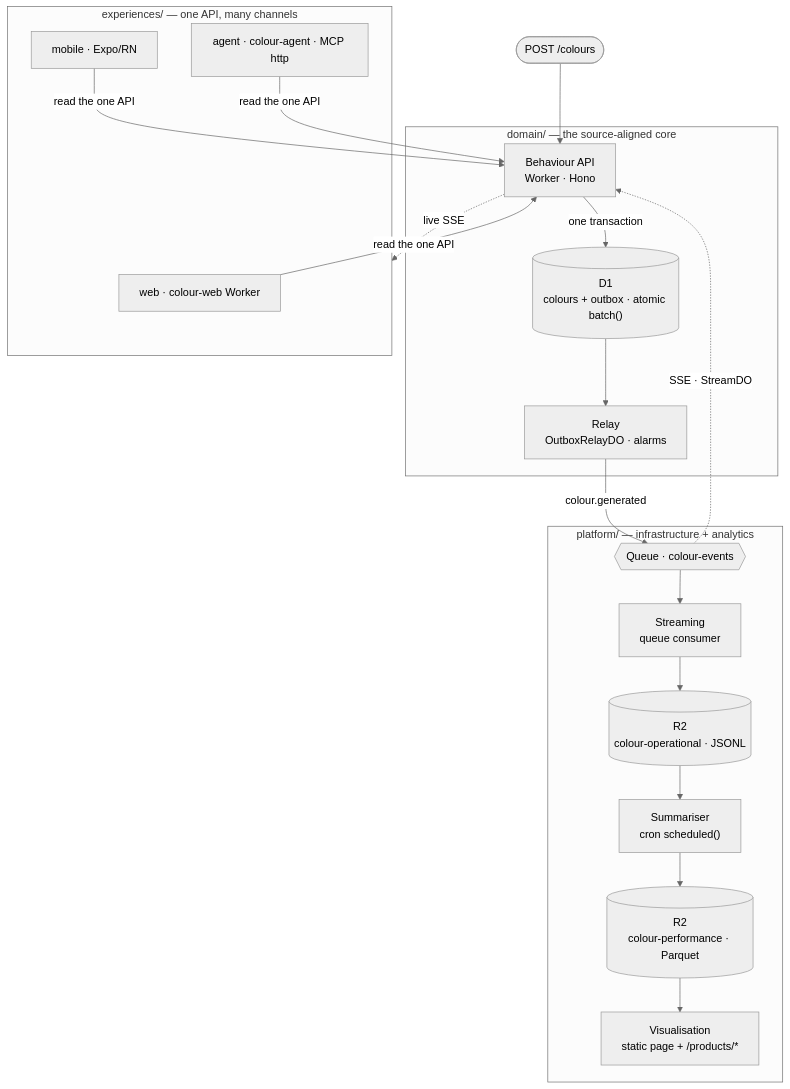
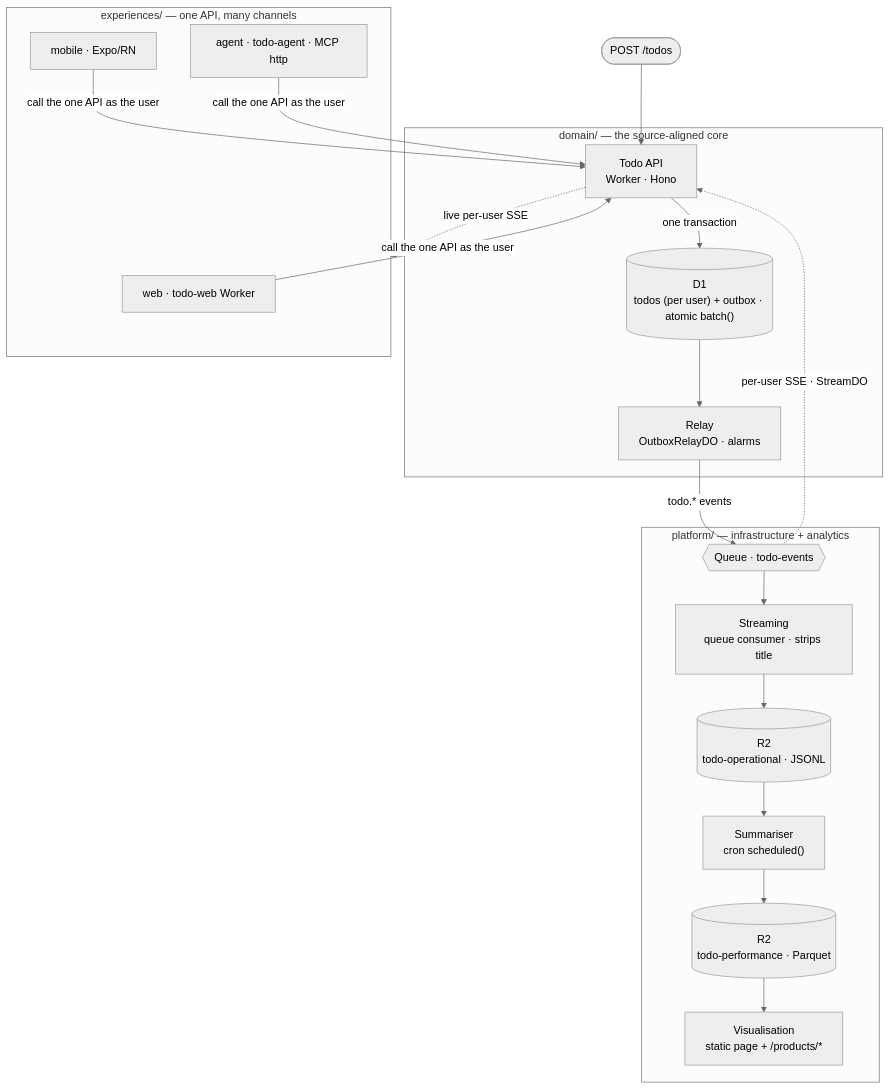
The diagram in README.md (dataGriff/outcome-app-pattern-cloudflare), drawn with Mermaid (neutral theme) before and after one commit. The commit also changed other lines of this file and 16 other files, not shown here.

````diff
--- a/README.md
+++ b/README.md
@@ -16,28 +19,28 @@
 ```mermaid
 flowchart TB
-  user([POST /colours]) --> api
+  user([POST /todos]) --> api
   subgraph domain["domain/ — the source-aligned core"]
-    api["Behaviour API<br/>Worker · Hono"]
-    store[("D1<br/>colours + outbox · atomic batch()")]
+    api["Todo API<br/>Worker · Hono"]
+    store[("D1<br/>todos (per user) + outbox · atomic batch()")]
     relay["Relay<br/>OutboxRelayDO · alarms"]
     api -->|one transaction| store --> relay
   end
   subgraph platform["platform/ — infrastructure + analytics"]
-    events{{"Queue · colour-events"}}
-    streaming["Streaming<br/>queue consumer"]
-    raw[("R2<br/>colour-operational · JSONL")]
+    events{{"Queue · todo-events"}}
+    streaming["Streaming<br/>queue consumer · strips title"]
+    raw[("R2<br/>todo-operational · JSONL")]
     summariser["Summariser<br/>cron scheduled()"]
-    curated[("R2<br/>colour-performance · Parquet")]
+    curated[("R2<br/>todo-performance · Parquet")]
     viz["Visualisation<br/>static page + /products/*"]
     events --> streaming --> raw --> summariser --> curated --> viz
   end
   subgraph experiences["experiences/ — one API, many channels"]
-    web["web · colour-web Worker"]
+    web["web · todo-web Worker"]
     mobile["mobile · Expo/RN"]
-    agent["agent · colour-agent · MCP http"]
+    agent["agent · todo-agent · MCP http"]
   end
-  relay -->|colour.generated| events
-  events -. SSE · StreamDO .-> api
-  web & mobile & agent -->|read the one API| api
-  api -. live SSE .-> experiences
+  relay -->|todo.* events| events
+  events -. per-user SSE · StreamDO .-> api
+  web & mobile & agent -->|call the one API as the user| api
+  api -. live per-user SSE .-> experiences
 ```
````
